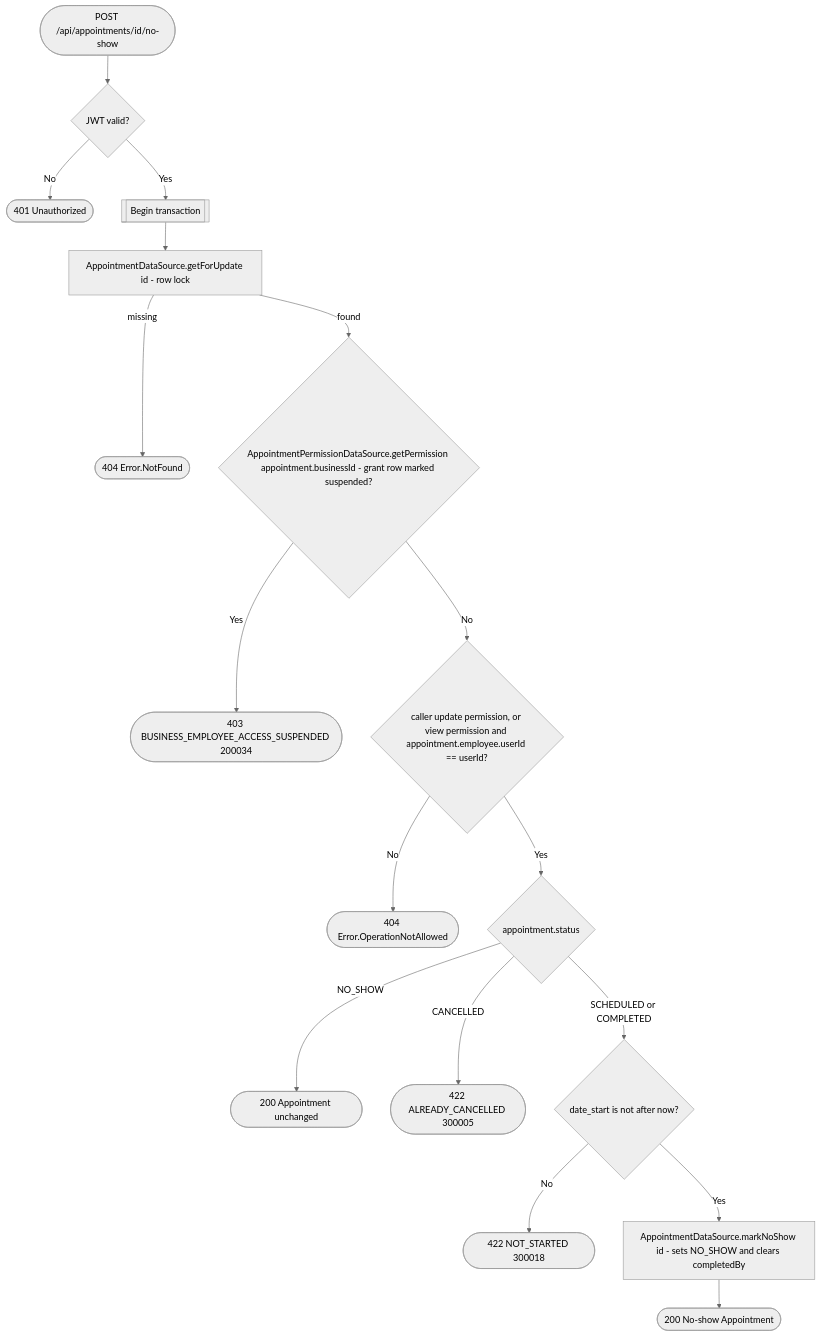
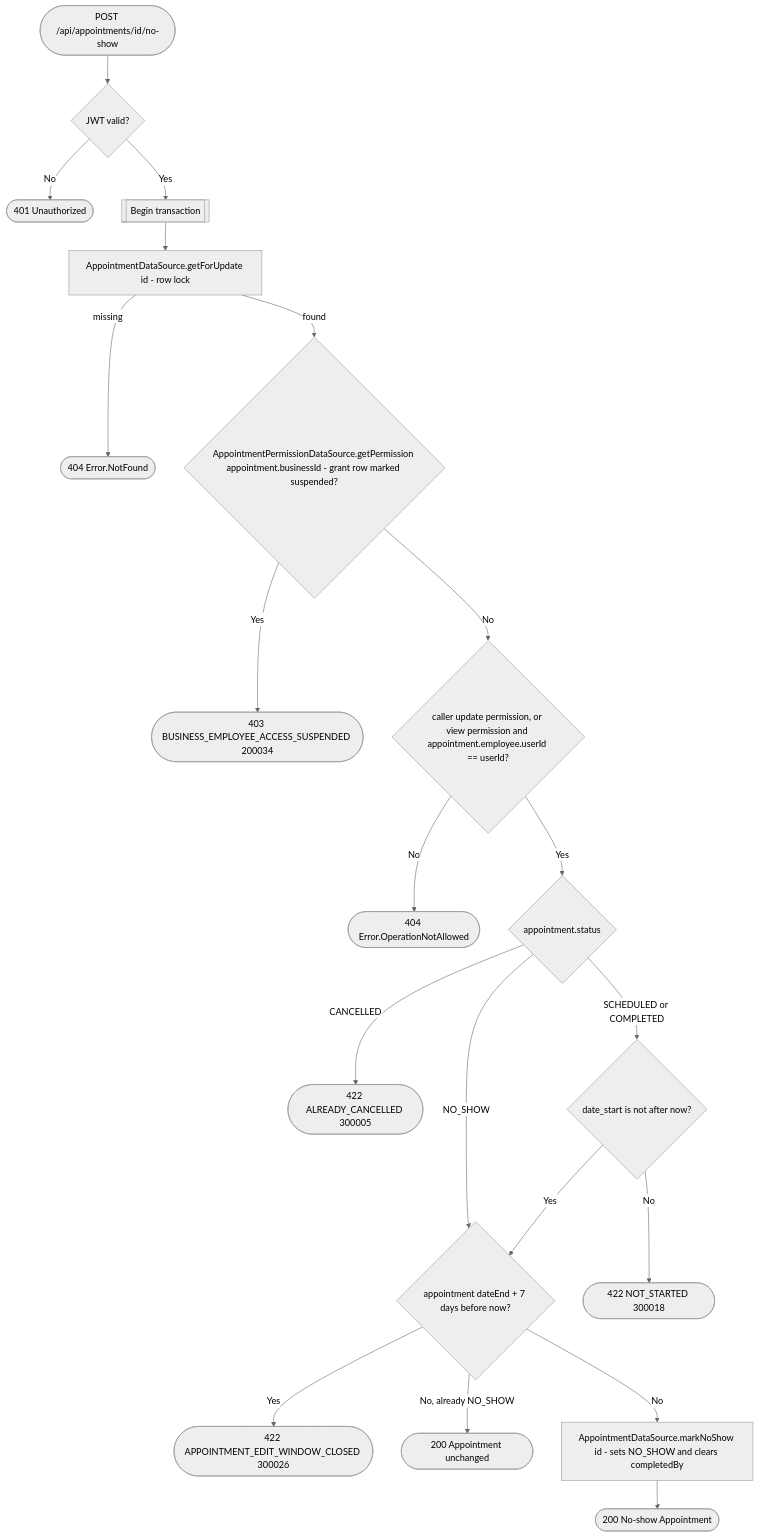
Before and after one commit to nocturneproperties/bookkme: the diagram in docs/operations/appointments/mark-appointment-no-show.md, drawn with Mermaid (neutral theme). The commit also changed 164 other files, not shown here.

````diff
--- a/docs/operations/appointments/mark-appointment-no-show.md
+++ b/docs/operations/appointments/mark-appointment-no-show.md
@@ -24,19 +24,22 @@
 ```mermaid
 flowchart TD
     Start([POST /api/appointments/id/no-show]) --> Auth{JWT valid?}
     Auth -- No --> R401([401 Unauthorized])
     Auth -- Yes --> Tx[[Begin transaction]]
     Tx --> Get[AppointmentDataSource.getForUpdate id - row lock]
     Get -- missing --> R404a([404 Error.NotFound])
     Get -- found --> Suspended{AppointmentPermissionDataSource.getPermission appointment.businessId - grant row marked suspended?}
     Suspended -- Yes --> R403s([403 BUSINESS_EMPLOYEE_ACCESS_SUSPENDED 200034])
     Suspended -- No --> Perm{caller update permission, or view permission and appointment.employee.userId == userId?}
     Perm -- No --> R404b([404 Error.OperationNotAllowed])
     Perm -- Yes --> Status{appointment.status}
-    Status -- NO_SHOW --> R200u([200 Appointment unchanged])
+    Status -- NO_SHOW --> Window{appointment dateEnd + 7 days before now?}
     Status -- CANCELLED --> R422a([422 ALREADY_CANCELLED 300005])
     Status -- SCHEDULED or COMPLETED --> Started{date_start is not after now?}
     Started -- No --> R422b([422 NOT_STARTED 300018])
-    Started -- Yes --> Mark[AppointmentDataSource.markNoShow id - sets NO_SHOW and clears completedBy]
+    Started -- Yes --> Window
+    Window -- Yes --> R422w([422 APPOINTMENT_EDIT_WINDOW_CLOSED 300026])
+    Window -- No, already NO_SHOW --> R200u([200 Appointment unchanged])
+    Window -- No --> Mark[AppointmentDataSource.markNoShow id - sets NO_SHOW and clears completedBy]
     Mark --> R200([200 No-show Appointment])
 ```
````
